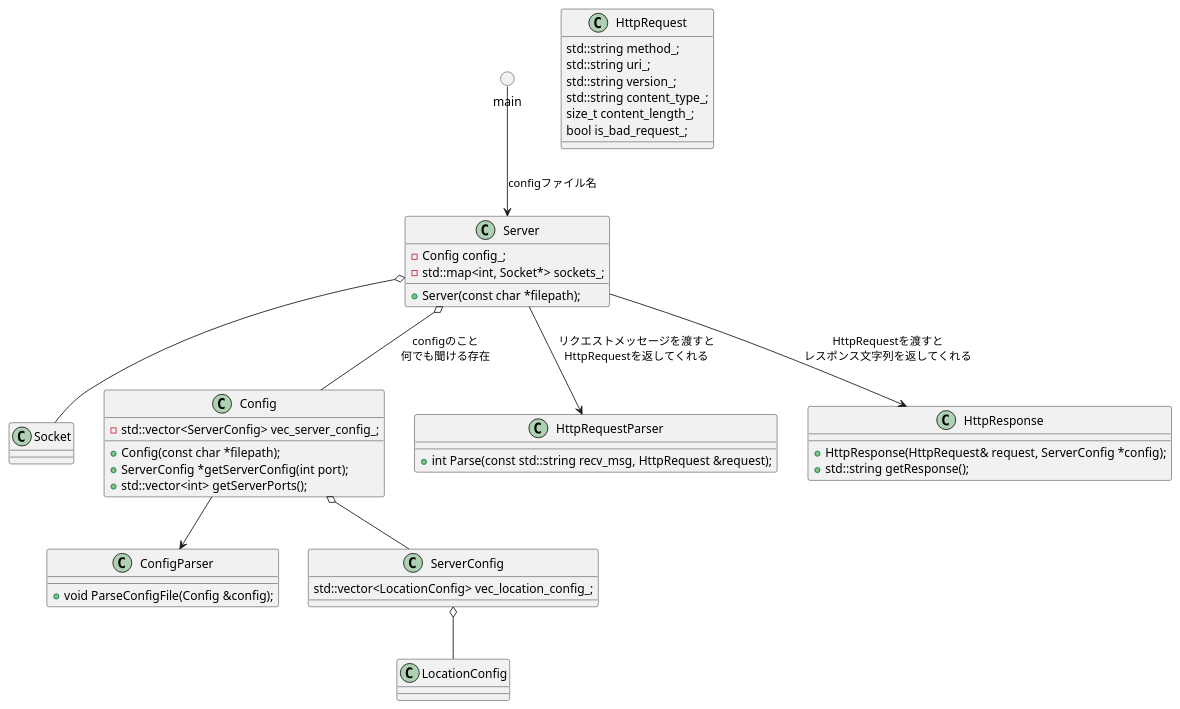
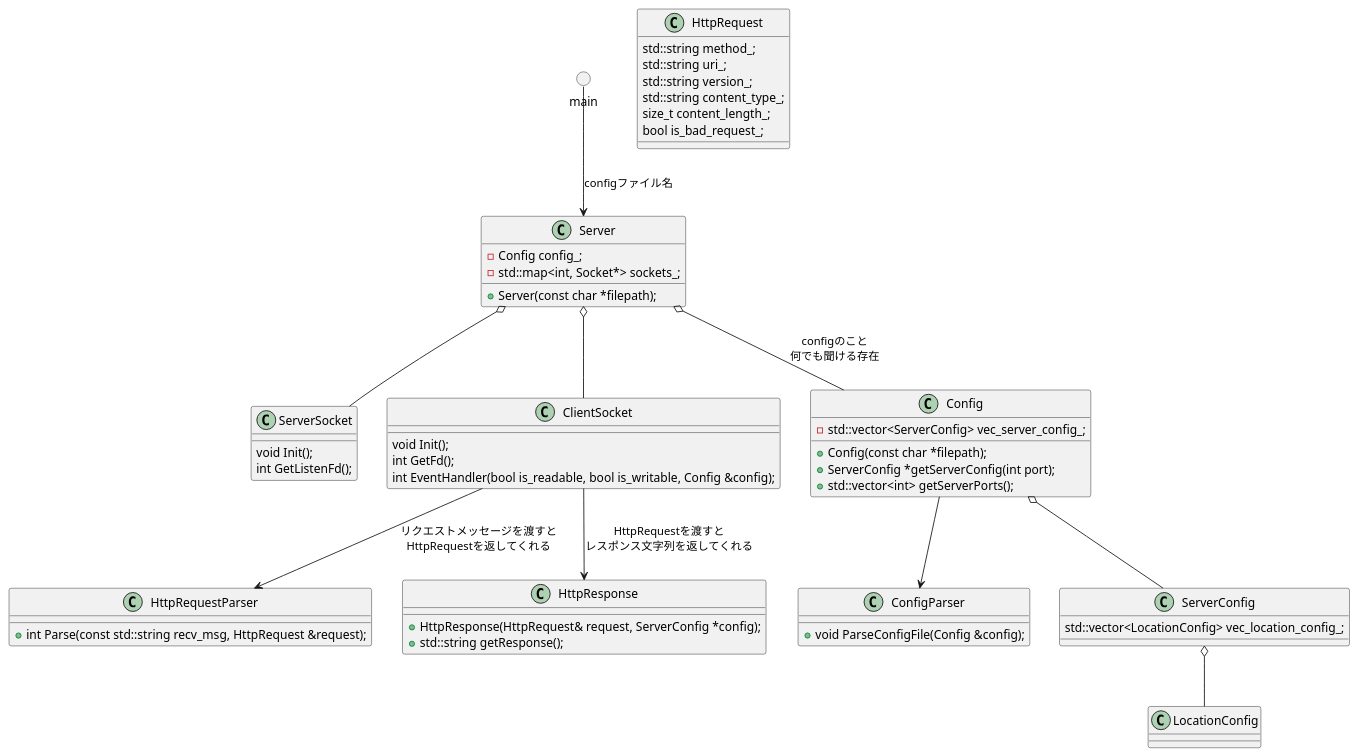
One commit to takashi247/webserv changed the diagram in srcs/server/class_server.pu. Above: the diagram before and after it, drawn with PlantUML. The commit also changed 2 other files, not shown here.

Commit message:
update: クラス図修正, 内部で参照する関数をstatic化

```diff
--- a/srcs/server/class_server.pu
+++ b/srcs/server/class_server.pu
@@ -1,66 +1,75 @@
 @startuml
 
 circle          main
 
 class Server
 {
 	- Config config_;
 	- std::map<int, Socket*> sockets_;
 	+ Server(const char *filepath);
 }
-class Socket
+class ServerSocket
 {
+	void Init();
+	int GetListenFd();
+}
+class ClientSocket
+{
+	void Init();
+	int GetFd();
+	int EventHandler(bool is_readable, bool is_writable, Config &config);
 
 }
 class ConfigParser
 {
 	+ void ParseConfigFile(Config &config);
 }
 class Config
 {
 	- std::vector<ServerConfig> vec_server_config_;
 	+ Config(const char *filepath);
 	+ ServerConfig *getServerConfig(int port);
 	+ std::vector<int> getServerPorts();
 
 }
 class ServerConfig
 {
 	std::vector<LocationConfig> vec_location_config_;
 }
 class LocationConfig
 {
 
 }
 class	HttpRequest
 {
 	std::string method_;
 	std::string uri_;
 	std::string version_;
 	std::string content_type_;
 	size_t content_length_;
 	bool is_bad_request_;
 }
 class	HttpRequestParser
 {
 	+ int Parse(const std::string recv_msg, HttpRequest &request);
 }
 
 class	HttpResponse
 {
 	+ HttpResponse(HttpRequest& request, ServerConfig *config);
 	+ std::string getResponse();
 }
 
 
 main --> Server : configファイル名
 Server o-- Config : configのこと\n何でも聞ける存在
-Server o-- Socket
-Server --> HttpRequestParser : リクエストメッセージを渡すと\nHttpRequestを返してくれる
+Server o-- ServerSocket
+Server o-- ClientSocket
+ClientSocket --> HttpRequestParser : リクエストメッセージを渡すと\nHttpRequestを返してくれる
 Config o-- ServerConfig
 Config --> ConfigParser
 ServerConfig o-- LocationConfig
-Server --> HttpResponse : HttpRequestを渡すと\nレスポンス文字列を返してくれる
+ClientSocket --> HttpResponse : HttpRequestを渡すと\nレスポンス文字列を返してくれる
 
 
 @enduml
```
